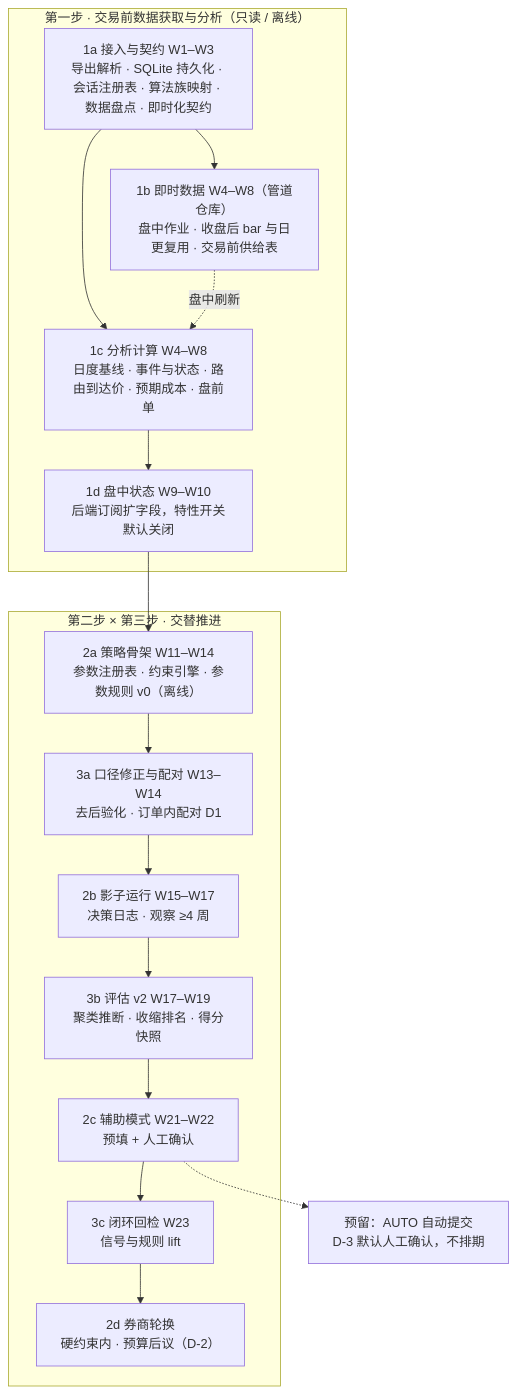
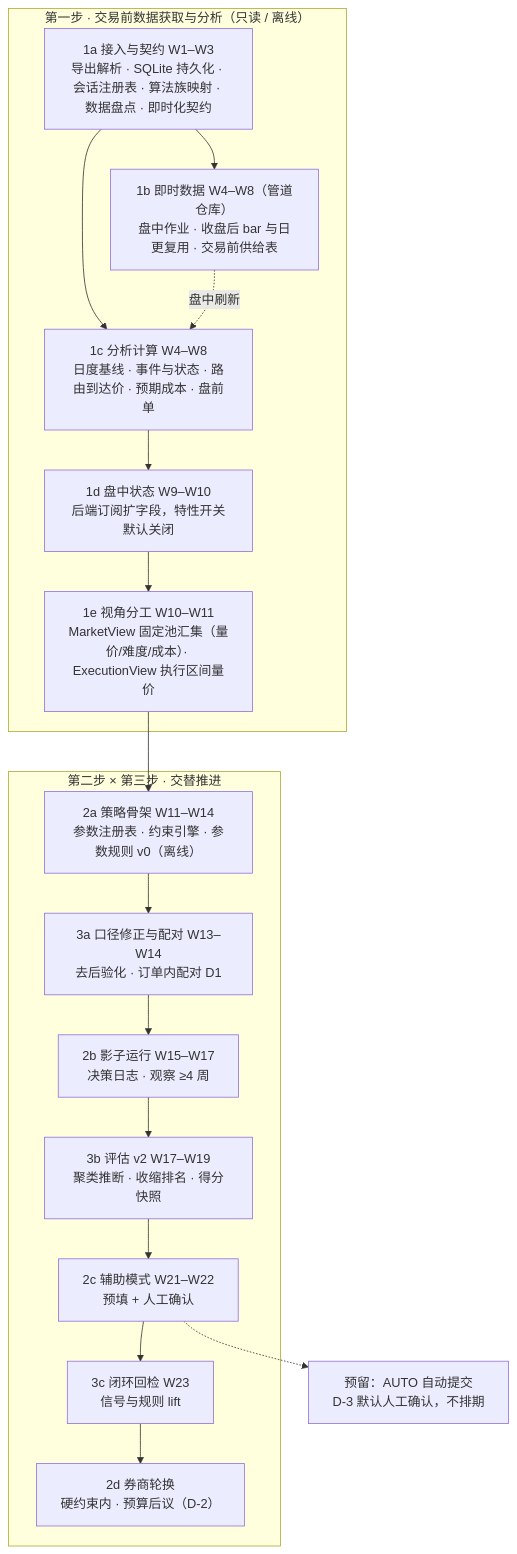
Before and after one commit to HRLoveFun/EMSXView: the second of 2 diagrams in specs/057-execution-decision-loop/plan.md, drawn with Mermaid. The commit also changed other lines of this file and 50 other files, not shown here.

First line of the commit message:
feat(views): 固定筛选池量价/难度/成本同屏与执行区间量价视图 (057-DL-29/097, DL-30/098) (#183)

````diff
--- a/specs/057-execution-decision-loop/plan.md
+++ b/specs/057-execution-decision-loop/plan.md
@@ -327,23 +346,25 @@
 ```mermaid
 flowchart TD
     subgraph S1["第一步 · 交易前数据获取与分析（只读 / 离线）"]
         A["1a 接入与契约 W1–W3<br>导出解析 · SQLite 持久化 · 会话注册表 · 算法族映射 · 数据盘点 · 即时化契约"]
         B["1b 即时数据 W4–W8（管道仓库）<br>盘中作业 · 收盘后 bar 与日更复用 · 交易前供给表"]
         C["1c 分析计算 W4–W8<br>日度基线 · 事件与状态 · 路由到达价 · 预期成本 · 盘前单"]
         E1["1d 盘中状态 W9–W10<br>后端订阅扩字段，特性开关默认关闭"]
+        E2["1e 视角分工 W10–W11<br>MarketView 固定池汇集（量价/难度/成本）· ExecutionView 执行区间量价"]
         A --> B
         A --> C
         B -.->|盘中刷新| C
         C --> E1
+        E1 --> E2
     end
     subgraph S23["第二步 × 第三步 · 交替推进"]
         D["2a 策略骨架 W11–W14<br>参数注册表 · 约束引擎 · 参数规则 v0（离线）"] --> E["3a 口径修正与配对 W13–W14<br>去后验化 · 订单内配对 D1"]
         E --> F["2b 影子运行 W15–W17<br>决策日志 · 观察 ≥4 周"]
         F --> G["3b 评估 v2 W17–W19<br>聚类推断 · 收缩排名 · 得分快照"]
         G --> H["2c 辅助模式 W21–W22<br>预填 + 人工确认"]
         H --> I["3c 闭环回检 W23<br>信号与规则 lift"]
         I --> J["2d 券商轮换<br>硬约束内 · 预算后议（D-2）"]
     end
-    E1 --> D
+    E2 --> D
     H -.-> K["预留：AUTO 自动提交<br>D-3 默认人工确认，不排期"]
 ```
````
